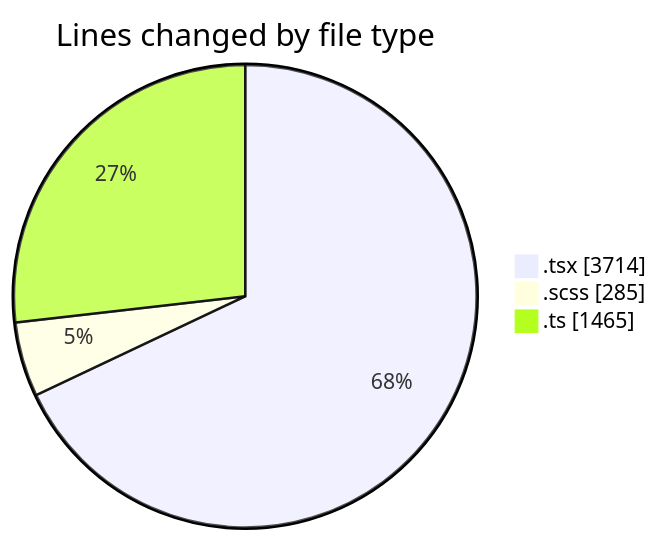
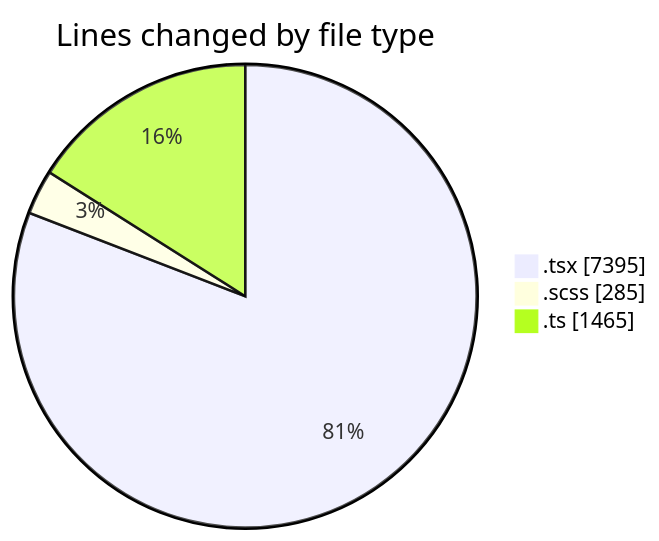
One commit to momahboobian/code-tracking changed the first of 2 diagrams in 2026-02-25/cda/README.md. Above: the diagram before and after it, drawn with Mermaid. The commit also changed other lines of this file and 1 other file, not shown here.

````diff
--- a/2026-02-25/cda/README.md
+++ b/2026-02-25/cda/README.md
@@ -26,7 +26,7 @@
 ```mermaid
 pie showData
 title Lines changed by file type
-".tsx" : 3714
+".tsx" : 7395
 ".scss" : 285
 ".ts" : 1465
 ```
````
